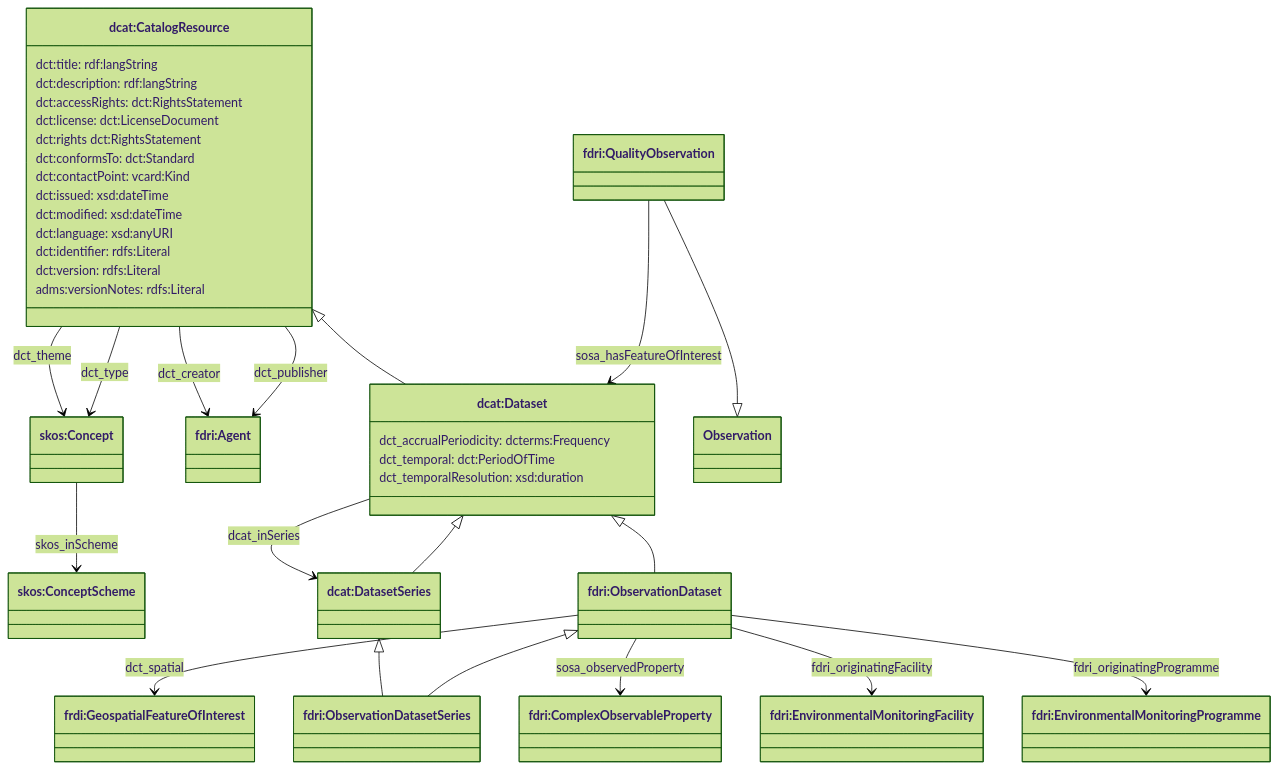
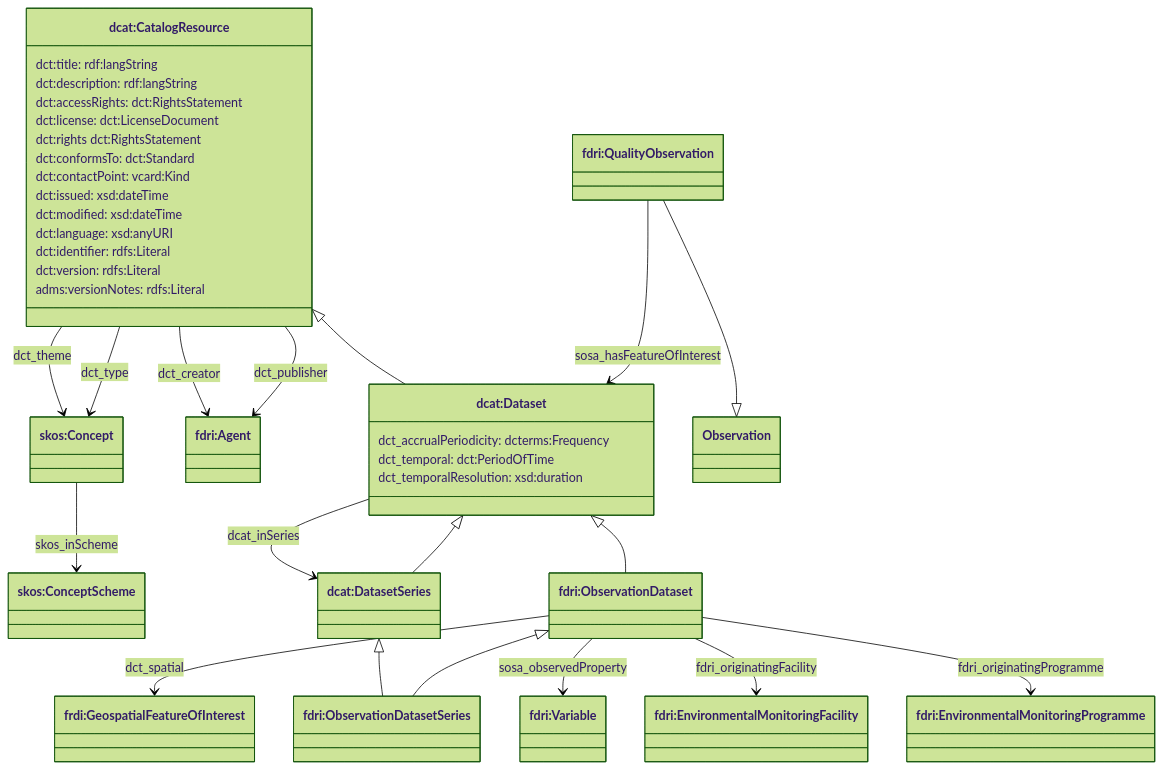
Before and after one commit to NERC-CEH/fdri-ontology: the third of 3 diagrams in ontology/doc/high-level-catalog-structure.md, drawn with Mermaid (forest theme). The commit also changed other lines of this file and 8 other files, not shown here.

Commit message:
Rename ComplexObservableProperty => Variable in docs

````diff
--- a/ontology/doc/high-level-catalog-structure.md
+++ b/ontology/doc/high-level-catalog-structure.md
@@ -115,57 +115,57 @@
 ```mermaid
   classDiagram
   class CatalogResource["dcat:CatalogResource"]
   class Concept["skos:Concept"]
   class ConceptScheme["skos:ConceptScheme"]
-  class ObservedProperty["fdri:ComplexObservableProperty"]
+  class ObservedProperty["fdri:Variable"]
   class Program["fdri:EnvironmentalMonitoringProgramme"]
   class Facility["fdri:EnvironmentalMonitoringFacility"]
   class Agent["fdri:Agent"]
   class GeospatialFeatureOfInterest["frdi:GeospatialFeatureOfInterest"]
   class QualityObservation["fdri:QualityObservation"]
   class Dataset["dcat:Dataset"]
   class ObservationDataset["fdri:ObservationDataset"]
   class ObservationDatasetSeries["fdri:ObservationDatasetSeries"]
   class DatasetSeries["dcat:DatasetSeries"]
   class Dataset {
     dct_accrualPeriodicity: dcterms:Frequency
     dct_temporal: dct:PeriodOfTime
     dct_temporalResolution: xsd:duration
   }
   class CatalogResource {
     dct:title: rdf:langString
     dct:description: rdf:langString
 
     dct:accessRights: dct:RightsStatement
     dct:license: dct:LicenseDocument
     dct:rights dct:RightsStatement
 
     dct:conformsTo: dct:Standard
     dct:contactPoint: vcard:Kind
     dct:issued: xsd:dateTime
     dct:modified: xsd:dateTime
     dct:language: xsd:anyURI
     dct:identifier: rdfs:Literal
 
     dct:version: rdfs:Literal
     adms:versionNotes: rdfs:Literal
   }
 
   CatalogResource <|-- Dataset
   Concept --> ConceptScheme: skos_inScheme
   ObservationDataset --> GeospatialFeatureOfInterest : dct_spatial
   Dataset <|-- ObservationDataset
   DatasetSeries <|-- ObservationDatasetSeries
   ObservationDataset <|-- ObservationDatasetSeries
   CatalogResource --> Concept: dct_theme
   ObservationDataset --> ObservedProperty: sosa_observedProperty
   ObservationDataset --> Facility: fdri_originatingFacility
   ObservationDataset --> Program: fdri_originatingProgramme
   CatalogResource --> Agent: dct_creator
   CatalogResource --> Agent: dct_publisher
   DatasetSeries --|> Dataset
   Dataset --> DatasetSeries: dcat_inSeries
   CatalogResource --> Concept: dct_type
   QualityObservation --|> Observation
   QualityObservation --> Dataset: sosa_hasFeatureOfInterest
 ```
````
